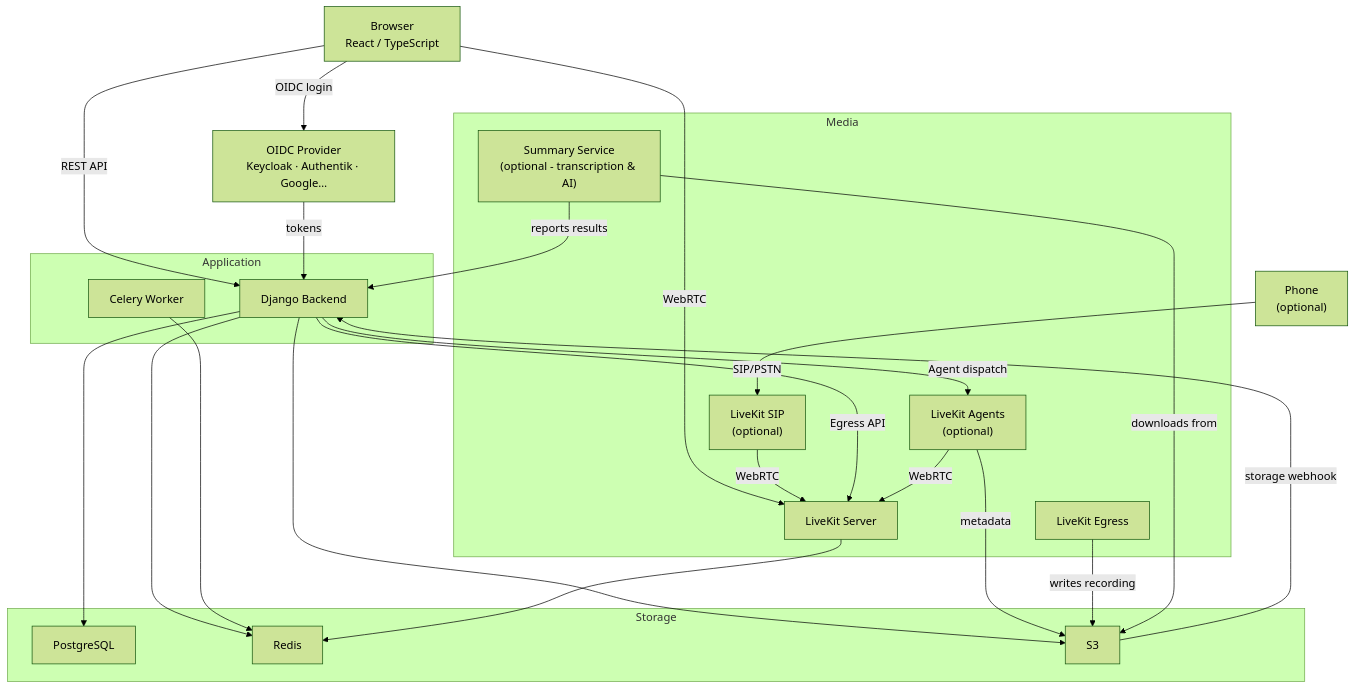
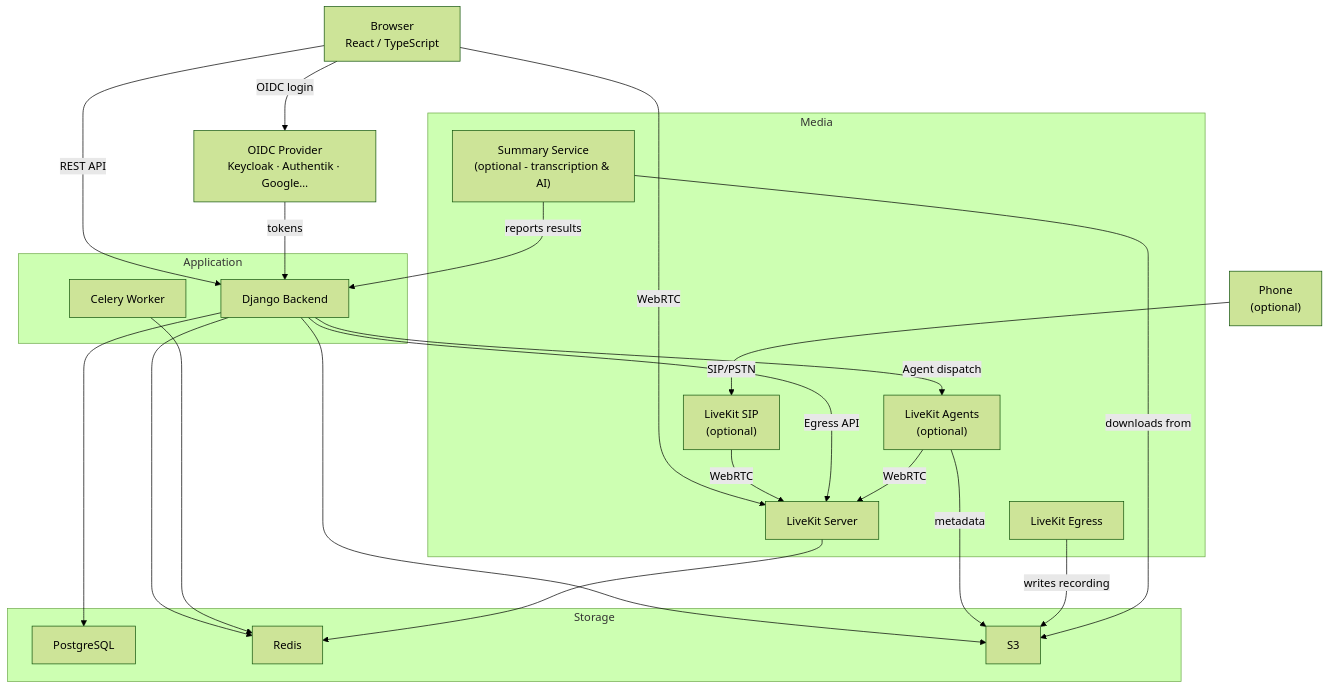
Before and after one commit to suitenumerique/meet: the first of 3 diagrams in docs/overview/architecture.md, drawn with Mermaid (forest theme). The commit also changed other lines of this file and 10 other files, not shown here.

Commit message:
📝(doc) fix documentation for recording with new flow

````diff
--- a/docs/overview/architecture.md
+++ b/docs/overview/architecture.md
@@ -7,45 +7,44 @@
 ```mermaid
 graph TB
     Browser["Browser\nReact / TypeScript"]
     OIDC["OIDC Provider\nKeycloak · Authentik · Google…"]
     Phone["Phone\n(optional)"]
 
     subgraph backend_layer["Application"]
         Backend["Django Backend"]
         Celery["Celery Worker"]
     end
 
     subgraph media_layer["Media"]
         LiveKit["LiveKit Server"]
         Egress["LiveKit Egress"]
         SIP["LiveKit SIP\n(optional)"]
         Agents["LiveKit Agents\n(optional)"]
         Summary["Summary Service\n(optional - transcription & AI)"]
     end
 
     subgraph storage_layer["Storage"]
         PostgreSQL["PostgreSQL"]
         Redis["Redis"]
         ObjectStore["S3"]
     end
 
     Browser -->|REST API| Backend
     Browser -->|WebRTC| LiveKit
     Browser -->|OIDC login| OIDC
     Phone -->|SIP/PSTN| SIP
     SIP -->|WebRTC| LiveKit
     OIDC -->|tokens| Backend
     Backend --> PostgreSQL
     Backend --> Redis
     Backend -->|Egress API| LiveKit
     Backend -->|Agent dispatch| Agents
     Backend --> ObjectStore["S3"]
     Celery --> Redis
     LiveKit --> Redis
     Agents -->|WebRTC| LiveKit
     Agents -->|metadata| ObjectStore["S3"]
     Egress -->|writes recording| ObjectStore["S3"]
-    ObjectStore["S3"] -->|storage webhook| Backend
     Summary -->|downloads from| ObjectStore["S3"]
     Summary -->|reports results| Backend
 ```
````
